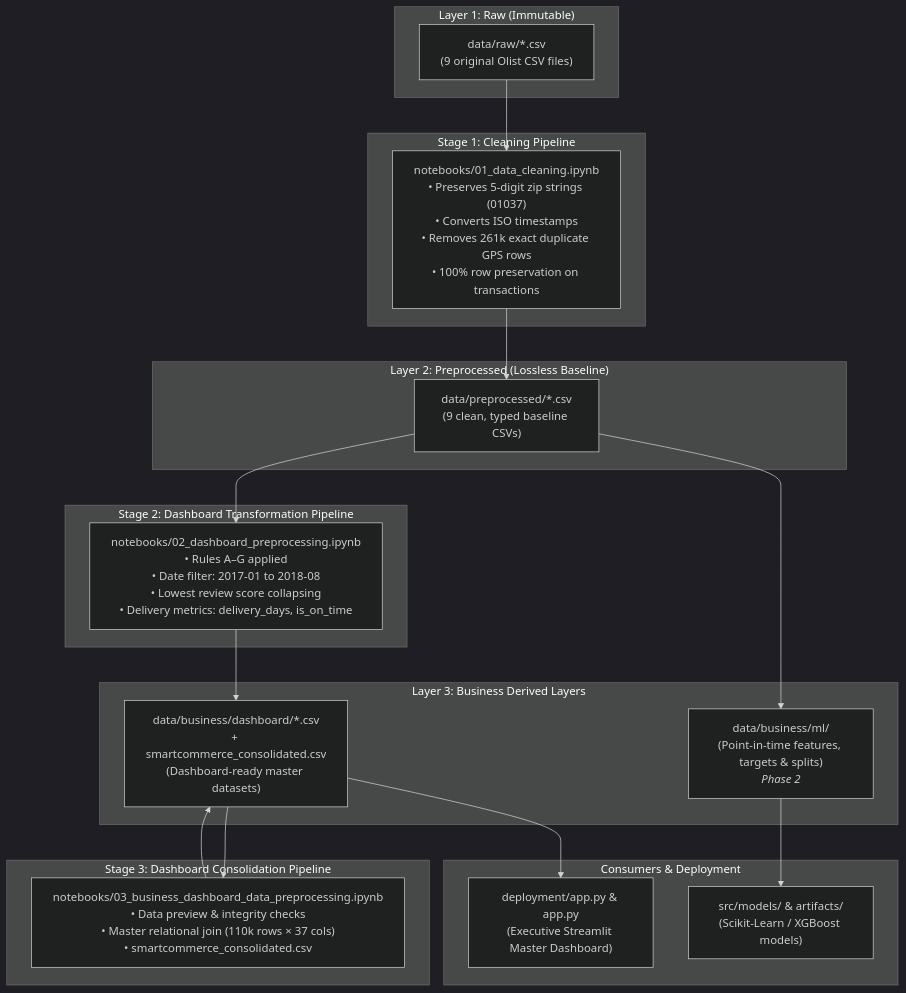
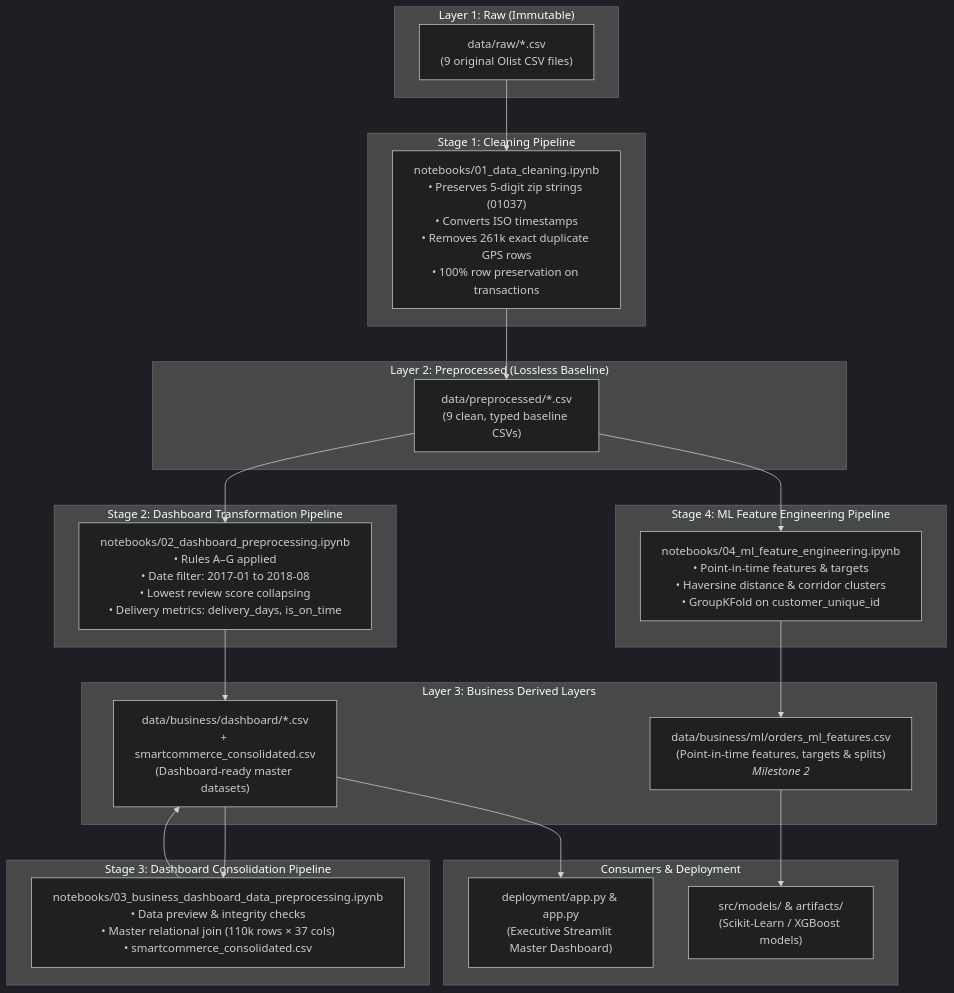
Before and after one commit to wuqianzong/Team11_IT5006_Ecommerce_Analytics_AY2627Sem1: the diagram in docs/data_architecture.md, drawn with Mermaid (dark theme). The commit also changed other lines of this file and 4 other files, not shown here.

First line of the commit message:
feat(data): initialize data/business/ml layer and update architecture contracts

````diff
--- a/docs/data_architecture.md
+++ b/docs/data_architecture.md
@@ -23,38 +23,42 @@
 ```mermaid
 flowchart TD
     subgraph Layer1 ["Layer 1: Raw (Immutable)"]
         Raw["data/raw/*.csv<br>(9 original Olist CSV files)"]
     end
 
     subgraph Notebook1 ["Stage 1: Cleaning Pipeline"]
         NB1["notebooks/01_data_cleaning.ipynb<br>• Preserves 5-digit zip strings (01037)<br>• Converts ISO timestamps<br>• Removes 261k exact duplicate GPS rows<br>• 100% row preservation on transactions"]
     end
 
     subgraph Layer2 ["Layer 2: Preprocessed (Lossless Baseline)"]
         Preprocessed["data/preprocessed/*.csv<br>(9 clean, typed baseline CSVs)"]
     end
 
     subgraph Notebook2 ["Stage 2: Dashboard Transformation Pipeline"]
         NB2["notebooks/02_dashboard_preprocessing.ipynb<br>• Rules A–G applied<br>• Date filter: 2017-01 to 2018-08<br>• Lowest review score collapsing<br>• Delivery metrics: delivery_days, is_on_time"]
     end
 
     subgraph Notebook3 ["Stage 3: Dashboard Consolidation Pipeline"]
         NB3["notebooks/03_business_dashboard_data_preprocessing.ipynb<br>• Data preview & integrity checks<br>• Master relational join (110k rows × 37 cols)<br>• smartcommerce_consolidated.csv"]
     end
 
+    subgraph Notebook4 ["Stage 4: ML Feature Engineering Pipeline"]
+        NB4["notebooks/04_ml_feature_engineering.ipynb<br>• Point-in-time features & targets<br>• Haversine distance & corridor clusters<br>• GroupKFold on customer_unique_id"]
+    end
+
     subgraph Layer3 ["Layer 3: Business Derived Layers"]
         BizDash["data/business/dashboard/*.csv<br>+ smartcommerce_consolidated.csv<br>(Dashboard-ready master datasets)"]
-        BizML["data/business/ml/<br>(Point-in-time features, targets & splits)<br><i>Phase 2</i>"]
+        BizML["data/business/ml/orders_ml_features.csv<br>(Point-in-time features, targets & splits)<br><i>Milestone 2</i>"]
     end
 
     subgraph Consumers ["Consumers & Deployment"]
         Streamlit["deployment/app.py & app.py<br>(Executive Streamlit Master Dashboard)"]
         MLModels["src/models/ & artifacts/<br>(Scikit-Learn / XGBoost models)"]
     end
 
     Raw --> NB1 --> Preprocessed
     Preprocessed --> NB2 --> BizDash
     BizDash --> NB3 --> BizDash
     BizDash --> Streamlit
-    Preprocessed --> BizML --> MLModels
+    Preprocessed --> NB4 --> BizML --> MLModels
 ```
````
